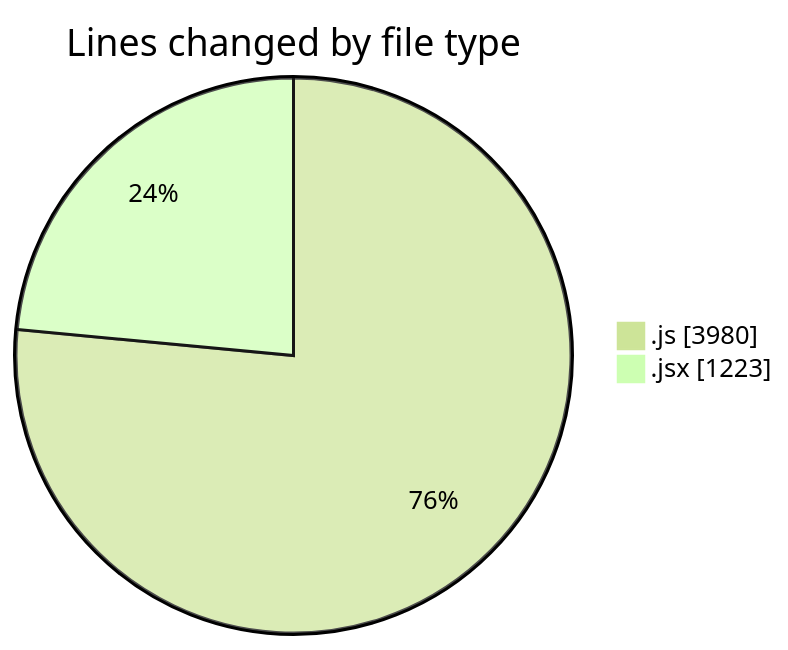
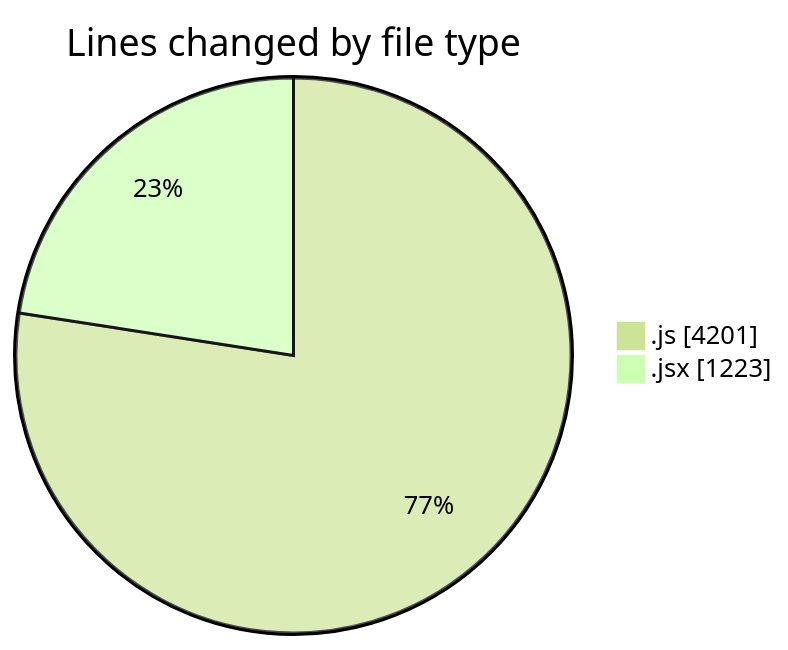
Before and after one commit to nxtqubesakshisongat/code-tracking: the first of 2 diagrams in 2025-09-24/nxtqube_webapp/README.md, drawn with Mermaid (forest theme). The commit also changed other lines of this file and 1 other file, not shown here.

````diff
--- a/2025-09-24/nxtqube_webapp/README.md
+++ b/2025-09-24/nxtqube_webapp/README.md
@@ -23,6 +23,6 @@
 ```mermaid
 pie showData
 title Lines changed by file type
-".js" : 3980
+".js" : 4201
 ".jsx" : 1223
 ```
````
